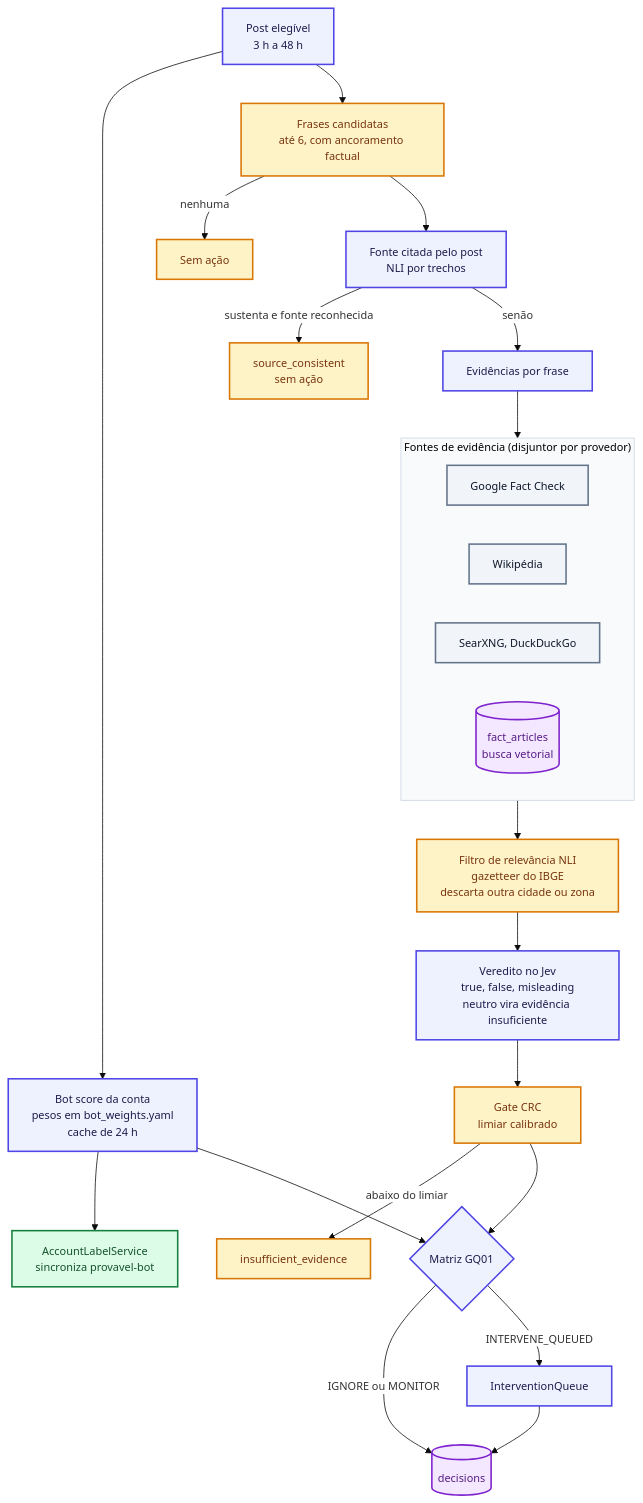
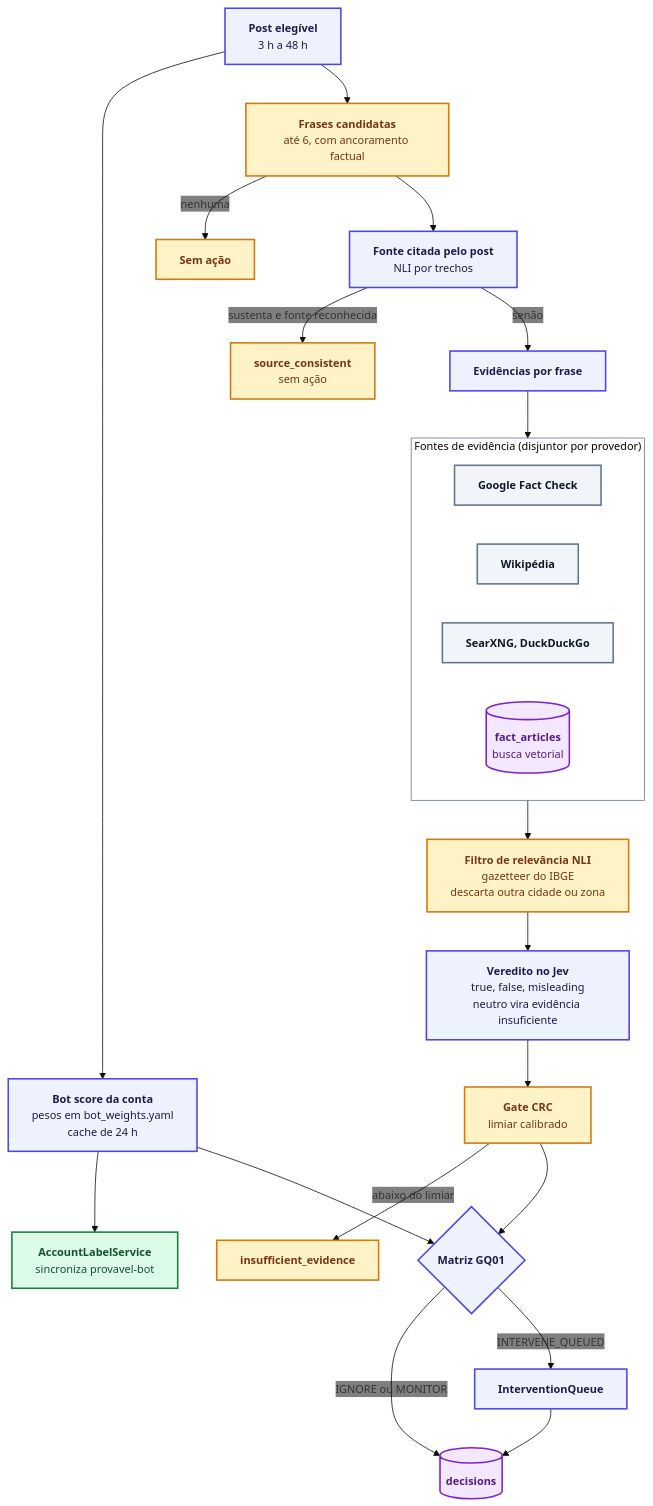
The sixth of 11 diagrams in docs/arquitetura/mapa-do-sistema.md (moonshinerd/ContrarIA), drawn with Mermaid before and after one commit. The commit also changed other lines of this file and 3 other files, not shown here.

First line of the commit message:
docs: aprimora contraste dos diagramas mermaid no modo escuro e corrige admonitions

````diff
--- a/docs/arquitetura/mapa-do-sistema.md
+++ b/docs/arquitetura/mapa-do-sistema.md
@@ -347,35 +347,35 @@
 ```mermaid
-%%{init: {'theme': 'base', 'themeVariables': { 'fontSize': '14px', 'fontFamily': 'inherit', 'primaryColor': '#EEF2FF', 'edgeLabelBackground': '#FFFFFF', 'clusterBkg': '#F8FAFC', 'clusterBorder': '#CBD5E1' }}}%%
+%%{init: {'theme': 'base', 'themeVariables': { 'fontSize': '14px', 'fontFamily': 'inherit', 'clusterBkg': 'transparent', 'clusterBorder': '#64748B', 'edgeLabelBackground': 'transparent' }}}%%
 flowchart TD
     classDef ext fill:#F1F5F9,stroke:#64748B,stroke-width:2px,color:#0F172A
     classDef core fill:#EEF2FF,stroke:#4F46E5,stroke-width:2px,color:#1E1B4B
     classDef store fill:#F3E8FF,stroke:#7E22CE,stroke-width:2px,color:#581C87
     classDef guard fill:#FEF3C7,stroke:#D97706,stroke-width:2px,color:#78350F
     classDef out fill:#DCFCE7,stroke:#15803D,stroke-width:2px,color:#14532D
 
-    P["Post elegível<br/>3 h a 48 h"]:::core --> BOT["Bot score da conta<br/>pesos em bot_weights.yaml<br/>cache de 24 h"]:::core
-    BOT --> ACC["AccountLabelService<br/>sincroniza provavel-bot"]:::out
-    P --> SPLIT["Frases candidatas<br/>até 6, com ancoramento factual"]:::guard
-    SPLIT -- "nenhuma" --> NOACT["Sem ação"]:::guard
-    SPLIT --> CITED["Fonte citada pelo post<br/>NLI por trechos"]:::core
-    CITED -- "sustenta e fonte reconhecida" --> SC["source_consistent<br/>sem ação"]:::guard
-    CITED -- "senão" --> EVID["Evidências por frase"]:::core
+    P["<span style='color:#1E1B4B'><b>Post elegível</b><br/>3 h a 48 h</span>"]:::core --> BOT["<span style='color:#1E1B4B'><b>Bot score da conta</b><br/>pesos em bot_weights.yaml<br/>cache de 24 h</span>"]:::core
+    BOT --> ACC["<span style='color:#14532D'><b>AccountLabelService</b><br/>sincroniza provavel-bot</span>"]:::out
+    P --> SPLIT["<span style='color:#78350F'><b>Frases candidatas</b><br/>até 6, com ancoramento factual</span>"]:::guard
+    SPLIT -- "nenhuma" --> NOACT["<span style='color:#78350F'><b>Sem ação</b></span>"]:::guard
+    SPLIT --> CITED["<span style='color:#1E1B4B'><b>Fonte citada pelo post</b><br/>NLI por trechos</span>"]:::core
+    CITED -- "sustenta e fonte reconhecida" --> SC["<span style='color:#78350F'><b>source_consistent</b><br/>sem ação</span>"]:::guard
+    CITED -- "senão" --> EVID["<span style='color:#1E1B4B'><b>Evidências por frase</b></span>"]:::core
 
     subgraph FONTES["Fontes de evidência (disjuntor por provedor)"]
         direction LR
-        FC["Google Fact Check"]:::ext
-        WP["Wikipédia"]:::ext
-        WS["SearXNG, DuckDuckGo"]:::ext
-        RS[("fact_articles<br/>busca vetorial")]:::store
+        FC["<span style='color:#0F172A'><b>Google Fact Check</b></span>"]:::ext
+        WP["<span style='color:#0F172A'><b>Wikipédia</b></span>"]:::ext
+        WS["<span style='color:#0F172A'><b>SearXNG, DuckDuckGo</b></span>"]:::ext
+        RS[("<span style='color:#581C87'><b>fact_articles</b><br/>busca vetorial</span>")]:::store
     end
     EVID --> FONTES
-    FONTES --> REL["Filtro de relevância NLI<br/>gazetteer do IBGE<br/>descarta outra cidade ou zona"]:::guard
-    REL --> VER["Veredito no Jev<br/>true, false, misleading<br/>neutro vira evidência insuficiente"]:::core
-    VER --> CRC["Gate CRC<br/>limiar calibrado"]:::guard
-    CRC -- "abaixo do limiar" --> IE["insufficient_evidence"]:::guard
-    CRC --> GQ{"Matriz GQ01"}:::core
+    FONTES --> REL["<span style='color:#78350F'><b>Filtro de relevância NLI</b><br/>gazetteer do IBGE<br/>descarta outra cidade ou zona</span>"]:::guard
+    REL --> VER["<span style='color:#1E1B4B'><b>Veredito no Jev</b><br/>true, false, misleading<br/>neutro vira evidência insuficiente</span>"]:::core
+    VER --> CRC["<span style='color:#78350F'><b>Gate CRC</b><br/>limiar calibrado</span>"]:::guard
+    CRC -- "abaixo do limiar" --> IE["<span style='color:#78350F'><b>insufficient_evidence</b></span>"]:::guard
+    CRC --> GQ{"<span style='color:#1E1B4B'><b>Matriz GQ01</b></span>"}:::core
     BOT --> GQ
-    GQ -- "IGNORE ou MONITOR" --> LOG[("decisions")]:::store
-    GQ -- "INTERVENE_QUEUED" --> Q["InterventionQueue"]:::core
+    GQ -- "IGNORE ou MONITOR" --> LOG[("<span style='color:#581C87'><b>decisions</b></span>")]:::store
+    GQ -- "INTERVENE_QUEUED" --> Q["<span style='color:#1E1B4B'><b>InterventionQueue</b></span>"]:::core
     Q --> LOG
 ```
````
